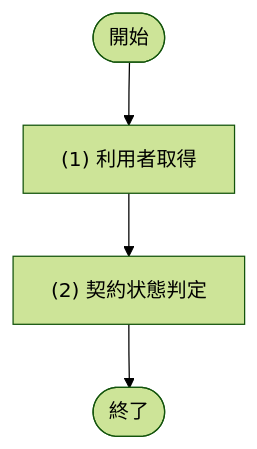
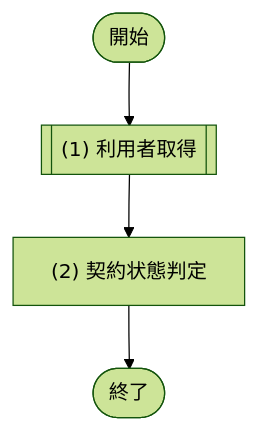
Before and after one commit to sikakou54/system-document-template: the first of 6 diagrams in docs/03_機能設計/05_モジュール設計/MOD-007_課金サービス.md, drawn with Mermaid (forest theme). The commit also changed other lines of this file and 28 other files, not shown here.

````diff
--- a/docs/03_機能設計/05_モジュール設計/MOD-007_課金サービス.md
+++ b/docs/03_機能設計/05_モジュール設計/MOD-007_課金サービス.md
@@ -49,9 +49,9 @@
 ```mermaid
 flowchart TD
   Start([開始])
-  P1["(1) 利用者取得"]
+  P1[["(1) 利用者取得"]]
   P2["(2) 契約状態判定"]
   End([終了])
 
   Start --> P1 --> P2 --> End
 ```
````
